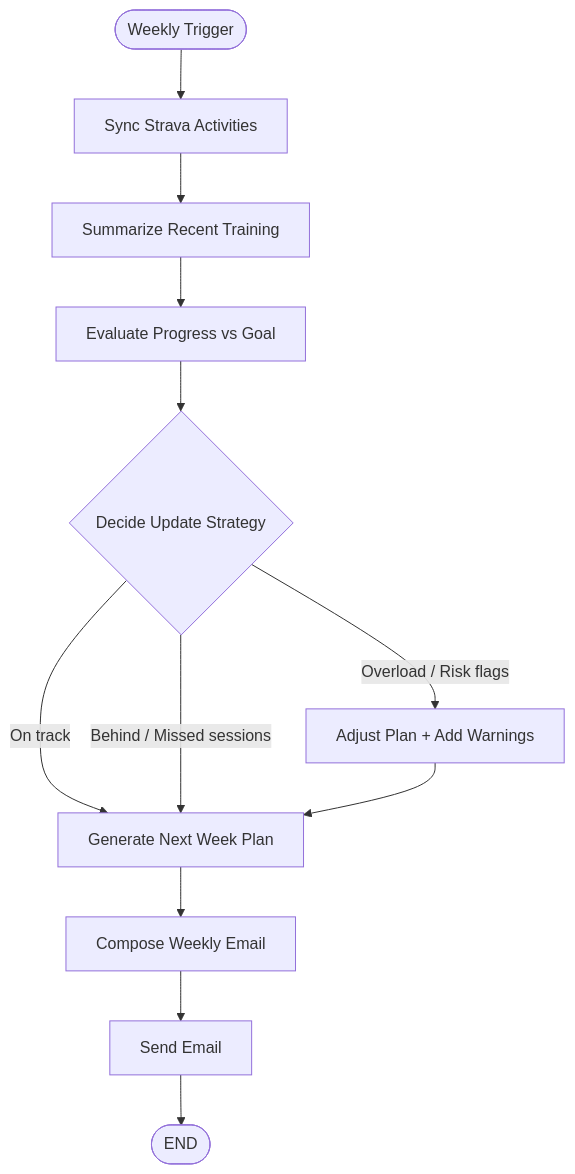
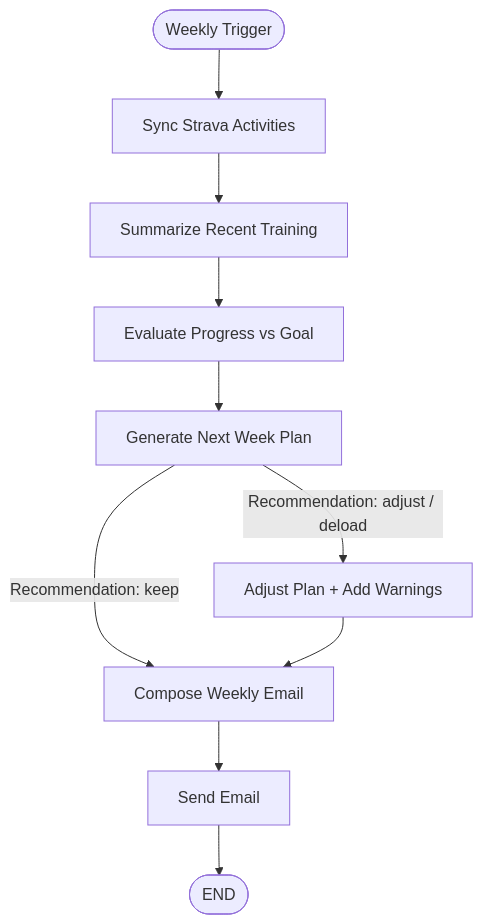
One commit to Pairrot-Lore/Strava-coach-agent changed the diagram in diagram.md. Above: the diagram before and after it, drawn with Mermaid. The commit also changed 1 other file, not shown here.

````diff
--- a/diagram.md
+++ b/diagram.md
@@ -1,16 +1,14 @@
 ```mermaid
 flowchart TD
   A([Weekly Trigger]) --> B[Sync Strava Activities]
   B --> C[Summarize Recent Training]
   C --> D[Evaluate Progress vs Goal]
-  D --> E{Decide Update Strategy}
+  D --> E[Generate Next Week Plan]
 
-  E -->|On track| F[Generate Next Week Plan]
-  E -->|Behind / Missed sessions| F
-  E -->|Overload / Risk flags| G[Adjust Plan + Add Warnings]
-  G --> F
+  E -->|Recommendation: keep| H[Compose Weekly Email]
+  E -->|Recommendation: adjust / deload| F[Adjust Plan + Add Warnings]
+  F --> H
 
-  F --> H[Compose Weekly Email]
   H --> I[Send Email]
   I --> J([END])
 ```
````
